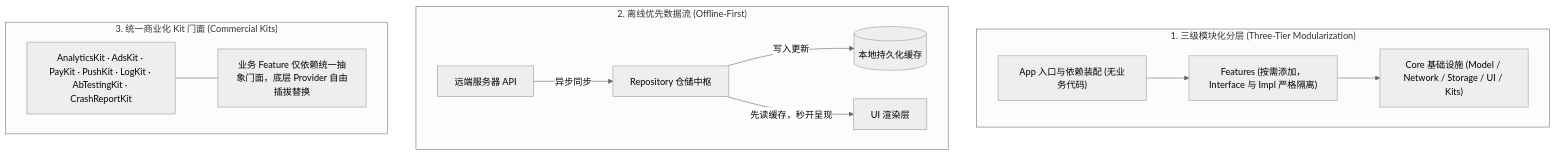
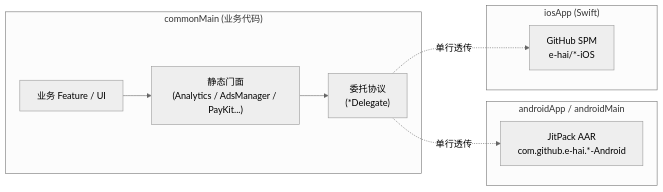
One commit to e-hai/Architecture changed the diagram in README.md. Above: the diagram before and after it, drawn with Mermaid (neutral theme). The commit also changed other lines of this file and 116 other files, not shown here.

Commit message:
feat(kmp): implement modern KMP architecture with 2026 JetBrains structure and 8 e-hai kits

````diff
--- a/README.md
+++ b/README.md
@@ -35,27 +58,20 @@
 ```mermaid
-flowchart TD
-    subgraph Layer1["1. 三级模块化分层 (Three-Tier Modularization)"]
-        app["App 入口与依赖装配 (无业务代码)"]
-        feat["Features (按需添加，Interface 与 Impl 严格隔离)"]
-        core["Core 基础设施 (Model / Network / Storage / UI / Kits)"]
-        app --> feat
-        feat --> core
+flowchart LR
+    subgraph Common["commonMain (业务代码)"]
+        Biz["业务 Feature / UI"]
+        Facade["静态门面<br/>(Analytics / AdsManager / PayKit...)"]
+        Delegate["委托协议<br/>(*Delegate)"]
+        Biz --> Facade
+        Facade --> Delegate
     end
 
-    subgraph Layer2["2. 离线优先数据流 (Offline-First)"]
-        direction LR
-        db[(本地持久化缓存)]
-        api[远端服务器 API]
-        repo[Repository 仓储中枢]
-        ui[UI 渲染层]
-        repo -->|先读缓存，秒开呈现| ui
-        api -->|异步同步| repo
-        repo -->|写入更新| db
+    subgraph Android["androidApp / androidMain"]
+        AndroidSDK["JitPack AAR<br/>com.github.e-hai.*-Android"]
+        Delegate -.->|单行透传| AndroidSDK
     end
 
-    subgraph Layer3["3. 统一商业化 Kit 门面 (Commercial Kits)"]
-        kits["AnalyticsKit · AdsKit · PayKit · PushKit · LogKit · AbTestingKit · CrashReportKit"]
-        biz["业务 Feature 仅依赖统一抽象门面，底层 Provider 自由插拔替换"]
-        kits --- biz
+    subgraph iOS["iosApp (Swift)"]
+        IosSPM["GitHub SPM<br/>e-hai/*-iOS"]
+        Delegate -.->|单行透传| IosSPM
     end
 ```
````
